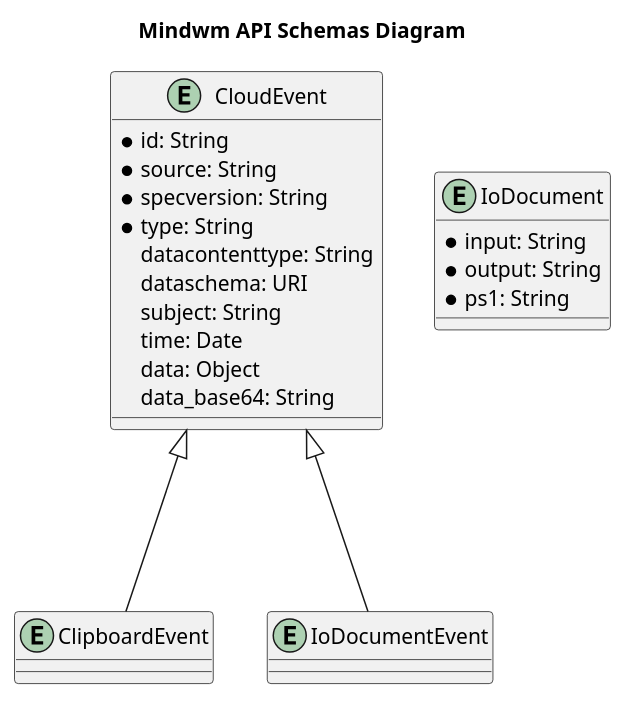
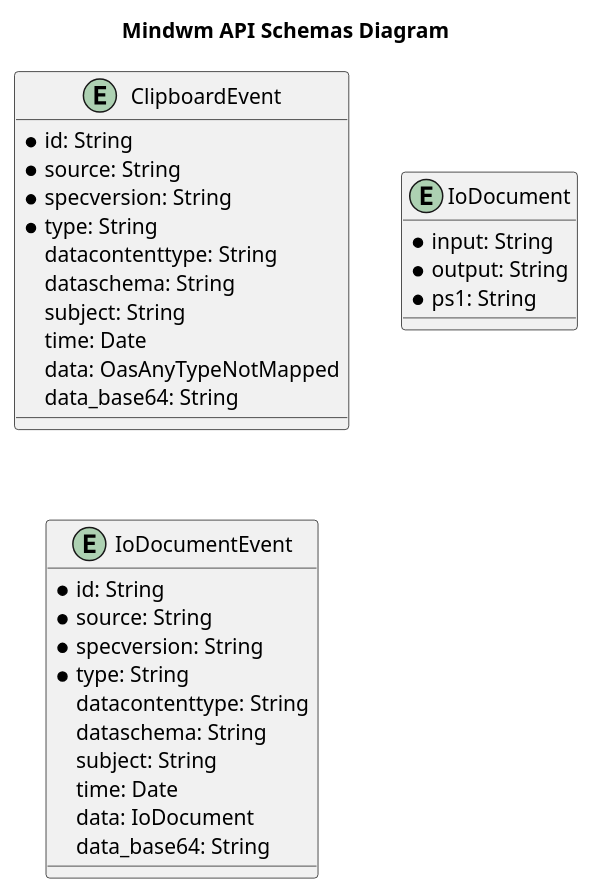
The diagram in generated/openapi/plantuml/schemas.plantuml (mindwm/mindwm-api), drawn with PlantUML before and after one commit. The commit also changed 140 other files, not shown here.

```diff
--- a/generated/openapi/plantuml/schemas.plantuml
+++ b/generated/openapi/plantuml/schemas.plantuml
@@ -1,34 +1,39 @@
 @startuml
 
 title Mindwm API Schemas Diagram
 
 entity ClipboardEvent {
-}
-
-entity CloudEvent {
     * id: String
     * source: String
     * specversion: String
     * type: String
     datacontenttype: String
-    dataschema: URI
+    dataschema: String
     subject: String
     time: Date
-    data: Object
+    data: OasAnyTypeNotMapped
     data_base64: String
 }
 
 entity IoDocument {
     * input: String
     * output: String
     * ps1: String
 }
 
 entity IoDocumentEvent {
+    * id: String
+    * source: String
+    * specversion: String
+    * type: String
+    datacontenttype: String
+    dataschema: String
+    subject: String
+    time: Date
+    data: IoDocument
+    data_base64: String
 }
 
-CloudEvent <|--- ClipboardEvent
-CloudEvent <|--- IoDocumentEvent
 
 
 @enduml
```
